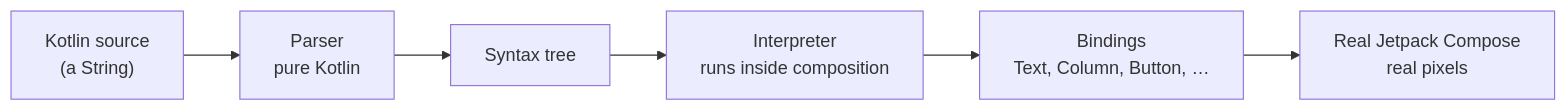
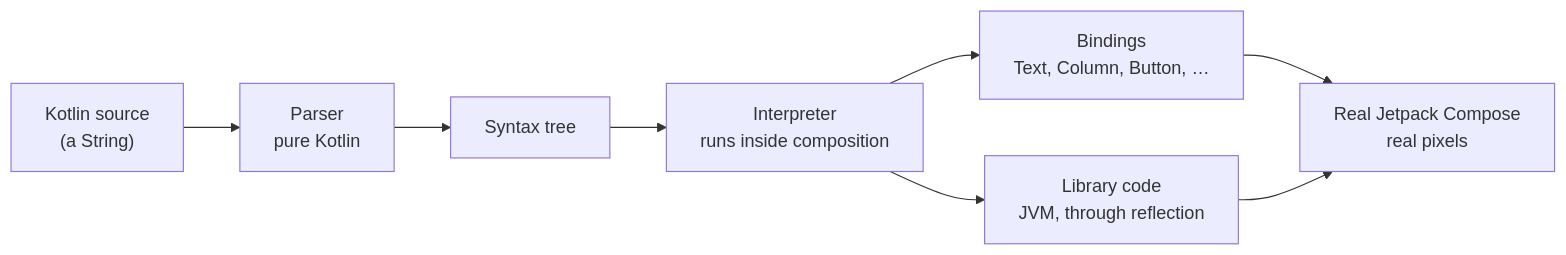
The first of 2 diagrams in README.md (fast-compose/fast-compose), drawn with Mermaid before and after one commit. The commit also changed other lines of this file and 3 other files, not shown here.

````diff
--- a/README.md
+++ b/README.md
@@ -120,8 +120,10 @@
 ```mermaid
 flowchart LR
     A["Kotlin source<br/>(a String)"] --> B["Parser<br/>pure Kotlin"]
     B --> C["Syntax tree"]
     C --> D["Interpreter<br/>runs inside composition"]
     D --> E["Bindings<br/>Text, Column, Button, …"]
+    D --> G["Library code<br/>JVM, through reflection"]
     E --> F["Real Jetpack Compose<br/>real pixels"]
+    G --> F
 ```
````
